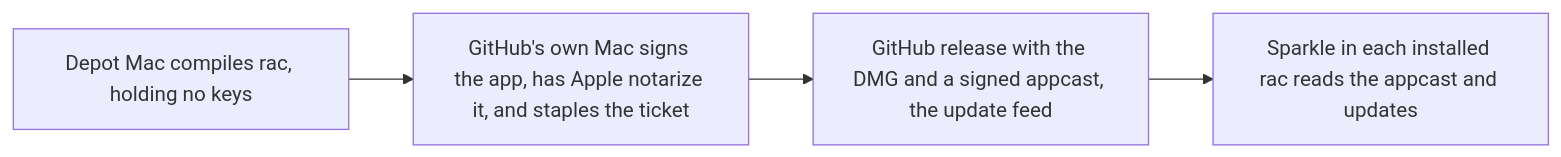
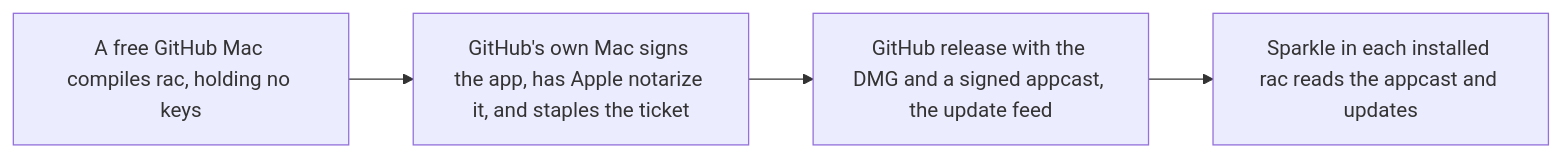
Before and after one commit to notkainoa/rac: the diagram in plans/06-engineering-and-shipping.md, drawn with Mermaid. The commit also changed other lines of this file and 16 other files, not shown here.

````diff
--- a/plans/06-engineering-and-shipping.md
+++ b/plans/06-engineering-and-shipping.md
@@ -19,6 +19,6 @@
 ```mermaid
 flowchart LR
-  D["Depot Mac compiles rac, holding no keys"] --> G["GitHub's own Mac signs the app, has Apple notarize it, and staples the ticket"]
+  D["A free GitHub Mac compiles rac, holding no keys"] --> G["GitHub's own Mac signs the app, has Apple notarize it, and staples the ticket"]
   G --> A["GitHub release with the DMG and a signed appcast, the update feed"]
   A --> S["Sparkle in each installed rac reads the appcast and updates"]
 ```
````
